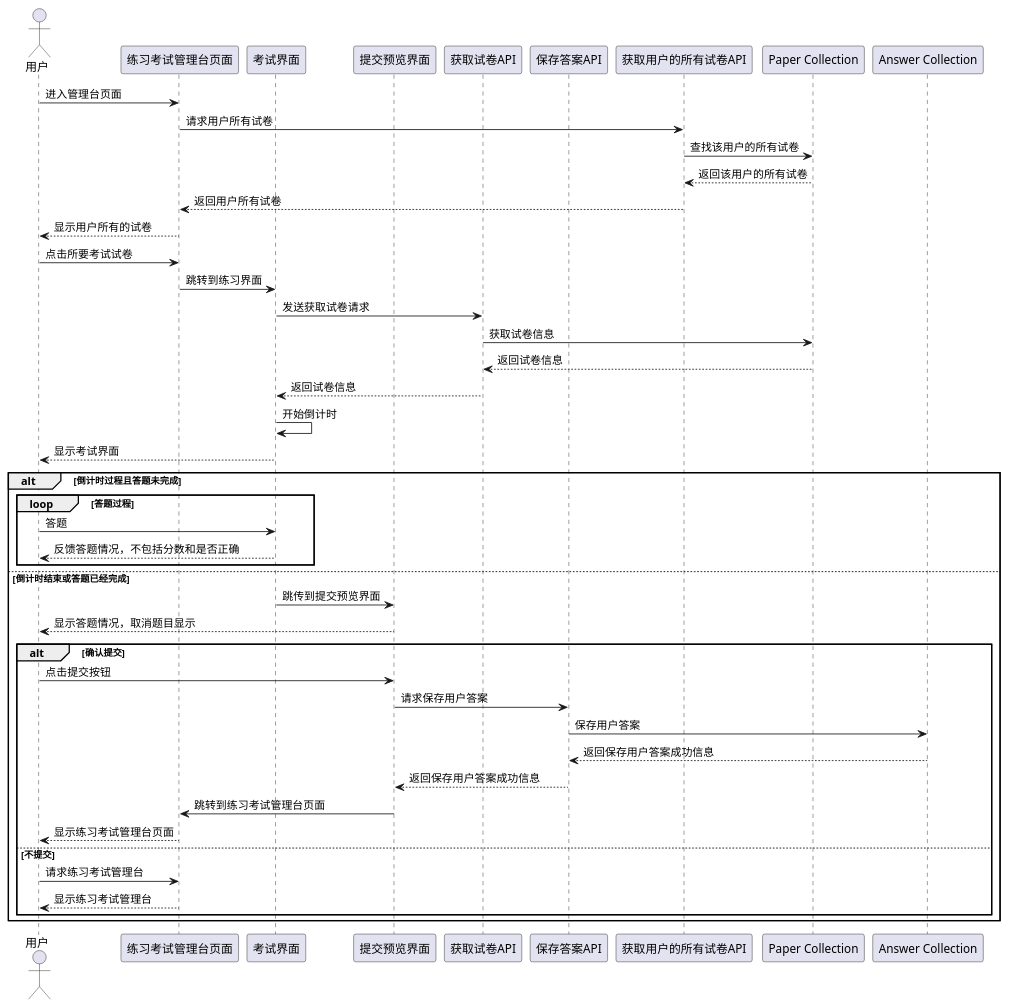
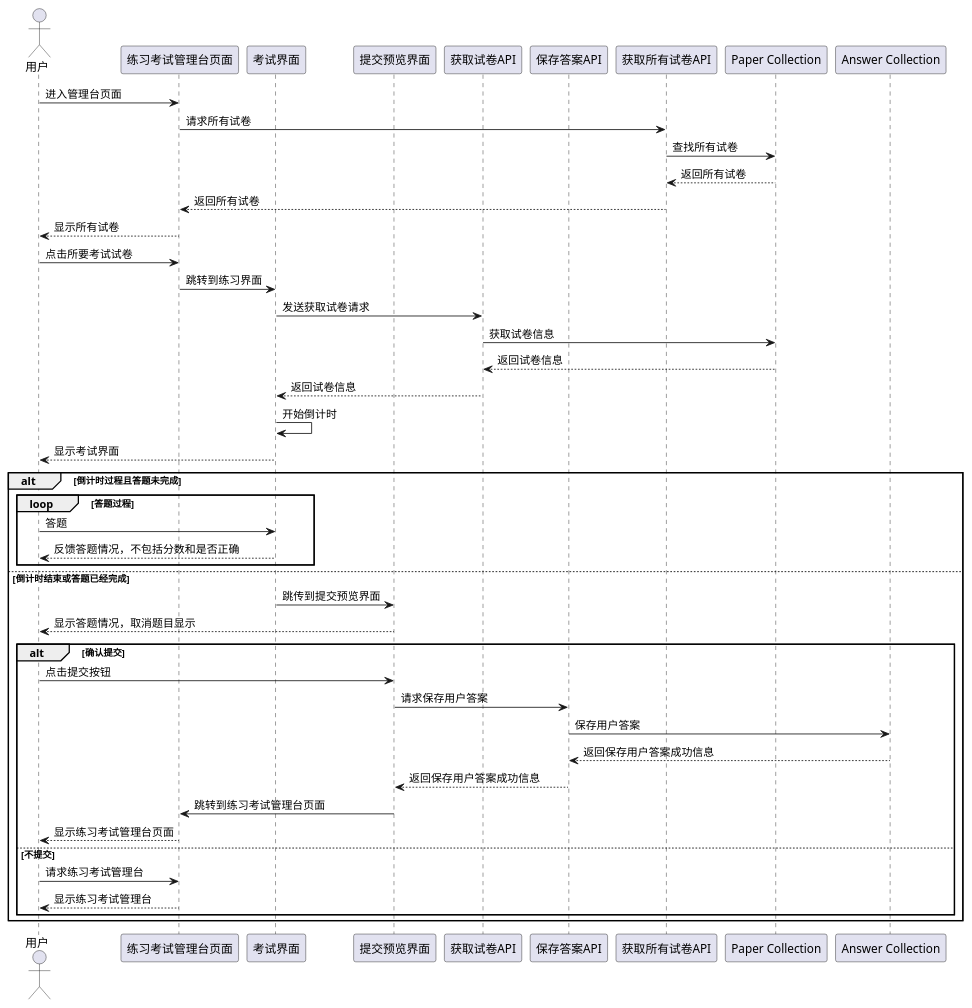
Before and after one commit to ringoyungpo/cetutor-doc: diagram 12 of 15 in cetutor.md, drawn with PlantUML. The commit also changed other lines of this file and 2 other files, not shown here.

````diff
--- a/cetutor.md
+++ b/cetutor.md
@@ -720,48 +720,48 @@
 ```puml
 actor 用户 as A
 participant "练习考试管理台页面" as B
 participant "考试界面" as C
 participant "提交预览界面" as G
 participant "获取试卷API" as D
 participant "保存答案API" as H
-participant "获取用户的所有试卷API" as E
+participant "获取所有试卷API" as E
 participant "Paper Collection" as F
 participant "Answer Collection" as I
 
 A -> B: 进入管理台页面
-B -> E: 请求用户所有试卷
-E -> F: 查找该用户的所有试卷
-E <-- F: 返回该用户的所有试卷
-B <-- E: 返回用户所有试卷
-A <-- B: 显示用户所有的试卷
+B -> E: 请求所有试卷
+E -> F: 查找所有试卷
+E <-- F: 返回所有试卷
+B <-- E: 返回所有试卷
+A <-- B: 显示所有试卷
 
 A -> B: 点击所要考试试卷
 B -> C: 跳转到练习界面
 C -> D: 发送获取试卷请求
 D -> F: 获取试卷信息
 D <-- F: 返回试卷信息
 C <-- D: 返回试卷信息
 C -> C: 开始倒计时
 A <-- C: 显示考试界面
 alt 倒计时过程且答题未完成
 	loop 答题过程
 		A -> C: 答题
 		A <-- C: 反馈答题情况，不包括分数和是否正确
 	end
 else 倒计时结束或答题已经完成
 C -> G: 跳传到提交预览界面
 A <-- G: 显示答题情况，取消题目显示
 	alt 确认提交
 		A -> G: 点击提交按钮
 		G -> H: 请求保存用户答案
 		H -> I: 保存用户答案
 		H <-- I: 返回保存用户答案成功信息
 		G <-- H: 返回保存用户答案成功信息
 		G -> B: 跳转到练习考试管理台页面
 		A <-- B: 显示练习考试管理台页面
 	else 不提交
 		A -> B: 请求练习考试管理台
 		A <-- B: 显示练习考试管理台
 	end
 end
 ```
````
